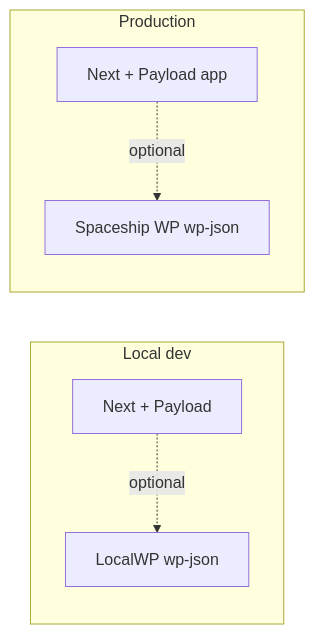
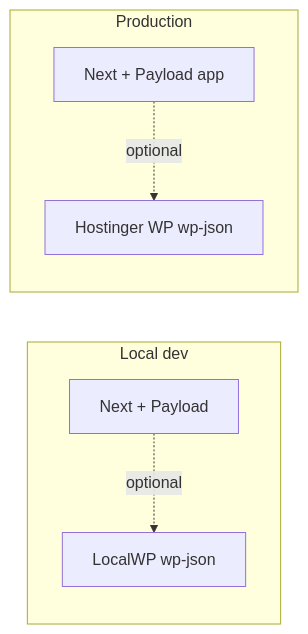
Before and after one commit to jonbeatz/MyStudioChannel: the diagram in .cursor/docs/Site-Plans.md, drawn with Mermaid. The commit also changed other lines of this file and 26 other files, not shown here.

Commit message:
Migrate all documentation and scripts from Spaceship to Hostinger (hPanel) deployment model.

````diff
--- a/.cursor/docs/Site-Plans.md
+++ b/.cursor/docs/Site-Plans.md
@@ -51,13 +51,13 @@
 ```mermaid
 flowchart LR
     subgraph dev [Local dev]
         NL[Next + Payload]
         WL[LocalWP wp-json]
         NL -. optional .-> WL
     end
     subgraph prod [Production]
         NS[Next + Payload app]
-        WS[Spaceship WP wp-json]
+        WS[Hostinger WP wp-json]
         NS -. optional .-> WS
     end
 ```
````
